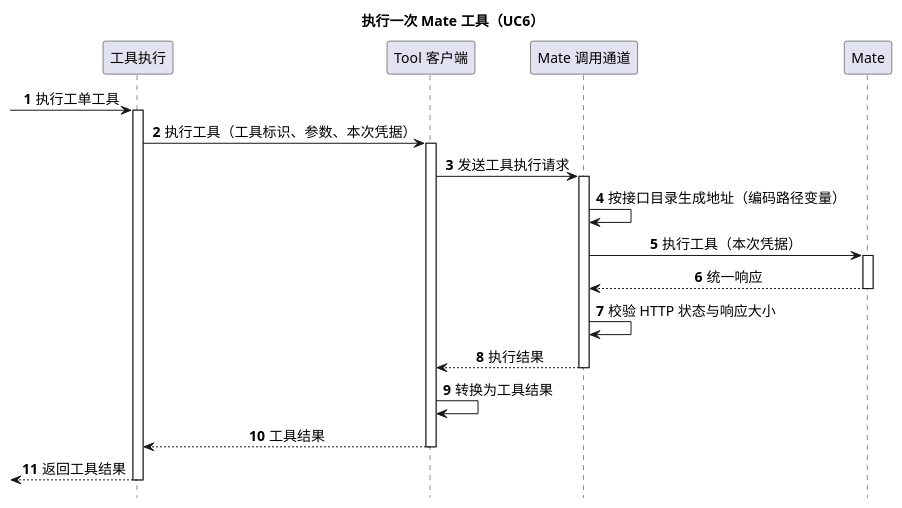
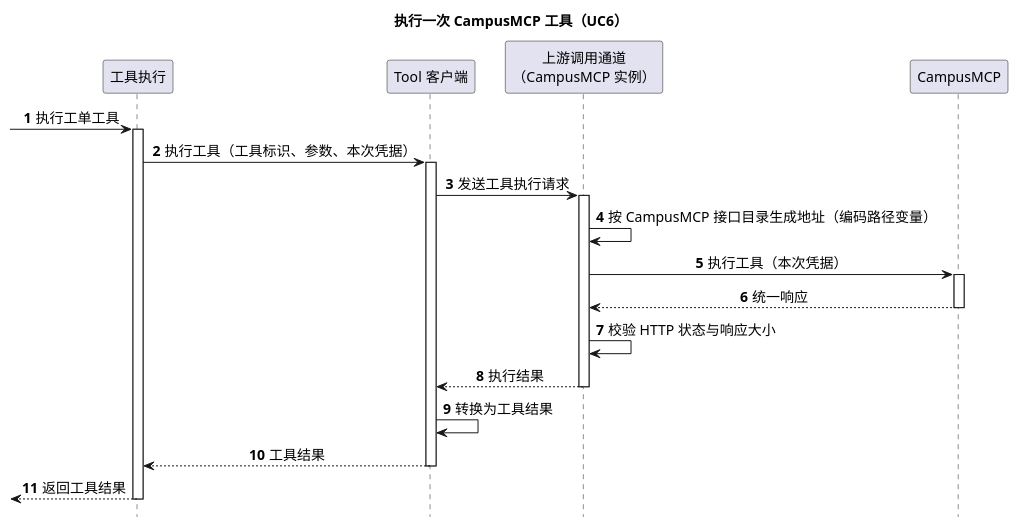
One commit to ssm0808/pi-mono-java-design changed the fourth of 4 diagrams in 02-服务与接口/02-CampusMate共享客户端配置/diagram.puml. Above: the diagram before and after it, drawn with PlantUML. The commit also changed other lines of this file and 5 other files, not shown here.

First line of the commit message:
新增上游 CampusMCP：工具查询与执行改走 /mcp-service，目录按上游拆分

```diff
--- a/02-服务与接口/02-CampusMate共享客户端配置/diagram.puml
+++ b/02-服务与接口/02-CampusMate共享客户端配置/diagram.puml
@@ -236,29 +259,29 @@
 @startuml campusmate_short_request_sequence
 ' Java 基线：628dca25a694d9d056b15f012e1223d68091ab66；2026-10-21 拉取 main。
 ' 源码：modules/coding-agent-cli/src/main/java/com/campusclaw/codingagent/tool/mate/MateRemoteToolHandler.java callTool。
 ' 源码：modules/coding-agent-cli/src/main/java/com/campusclaw/codingagent/common/client/HttpMateToolClient.java invokeTool、toToolResult。
-' 目标：待实现；HttpMateToolClient 改用 CampusMateHttpClient 发送，不再经过 MateRestUtil。
+' 已观察行为：现状经 MateRestUtil 发往 Mate；目标：待实现，HttpMateToolClient 改用 campusMcpHttpClient 发往 CampusMCP。
 ' 设计原因：超时、响应上限与失败判定只在通道生效，是本设计的独立边界，因此单列为参与者。
-title 执行一次 Mate 工具（UC6）
+title 执行一次 CampusMCP 工具（UC6）
 hide footbox
 skinparam backgroundColor white
 skinparam defaultFontSize 14
 skinparam sequenceMessageAlign center
 autonumber
 participant "工具执行" as Exec
 participant "Tool 客户端" as ToolClient
-participant "Mate 调用通道" as Channel
-participant "Mate" as Mate
+participant "上游调用通道\n（CampusMCP 实例）" as Channel
+participant "CampusMCP" as Mcp
 [-> Exec ++ : 执行工单工具
 Exec -> ToolClient ++ : 执行工具（工具标识、参数、本次凭据）
 ToolClient -> Channel ++ : 发送工具执行请求
-Channel -> Channel : 按接口目录生成地址（编码路径变量）
-Channel -> Mate ++ : 执行工具（本次凭据）
+Channel -> Channel : 按 CampusMCP 接口目录生成地址（编码路径变量）
+Channel -> Mcp ++ : 执行工具（本次凭据）
 return 统一响应
 Channel -> Channel : 校验 HTTP 状态与响应大小
 return 执行结果
 ToolClient -> ToolClient : 转换为工具结果
 return 工具结果
 [<-- Exec : 返回工具结果
 deactivate Exec
 @enduml
```
